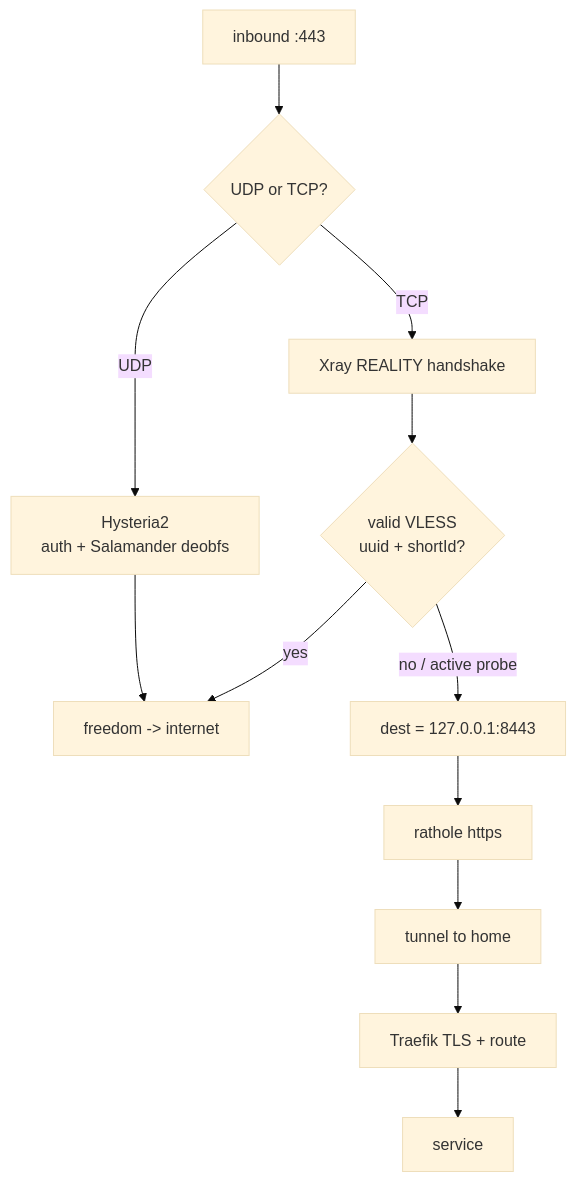
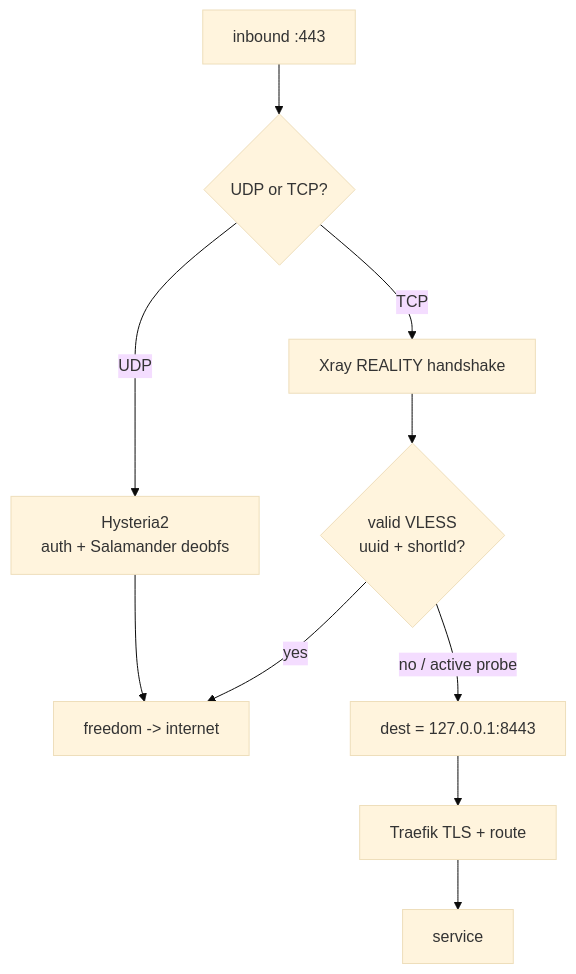
One commit to radiosilence/jaritanet changed the third of 6 diagrams in docs/architecture.md. Above: the diagram before and after it, drawn with Mermaid (base theme). The commit also changed other lines of this file and 31 other files, not shown here.

````diff
--- a/docs/architecture.md
+++ b/docs/architecture.md
@@ -288,10 +287,10 @@
 ```mermaid
 flowchart TD
     IN["inbound :443"] --> PROTO{"UDP or TCP?"}
     PROTO -->|UDP| HY["Hysteria2<br/>auth + Salamander deobfs"] --> OUT["freedom -> internet"]
     PROTO -->|TCP| XR["Xray REALITY handshake"]
     XR --> MATCH{"valid VLESS<br/>uuid + shortId?"}
     MATCH -->|yes| OUT
     MATCH -->|"no / active probe"| DEST["dest = 127.0.0.1:8443"]
-    DEST --> RH["rathole https"] --> TUN["tunnel to home"] --> TR["Traefik TLS + route"] --> SVC["service"]
+    DEST --> TR["Traefik TLS + route"] --> SVC["service"]
 ```
````
